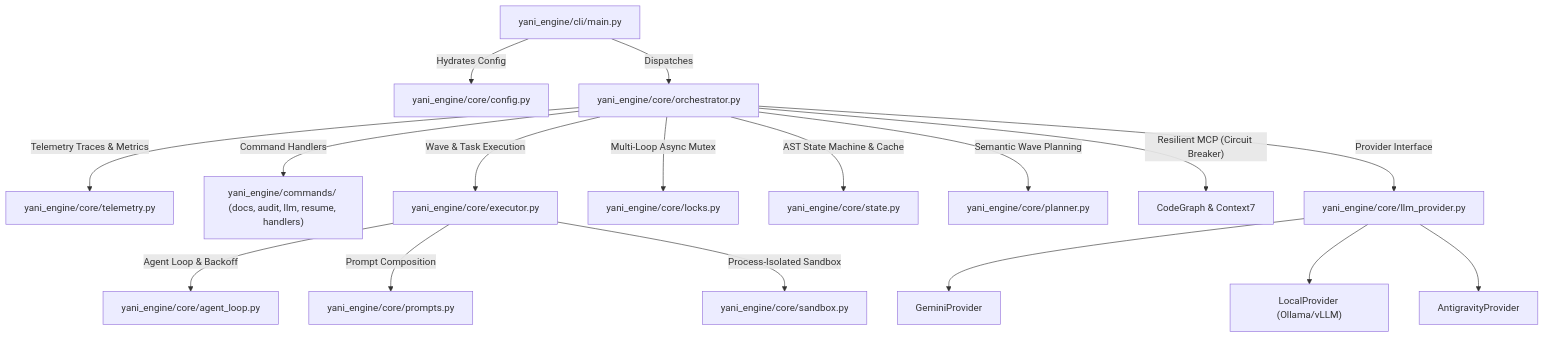
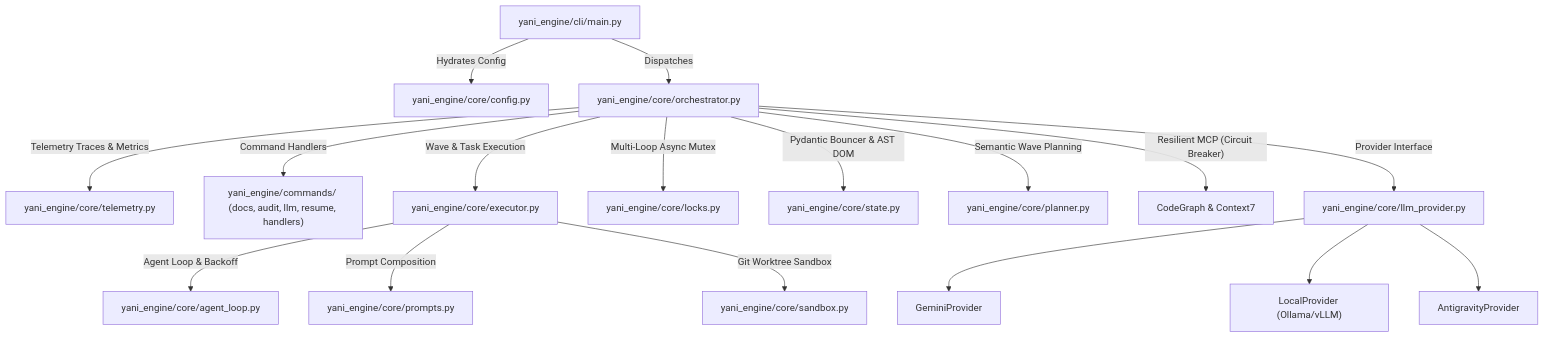
Before and after one commit to emmanuelol/yani-engine: the third of 4 diagrams in README.md, drawn with Mermaid. The commit also changed other lines of this file and 2 other files, not shown here.

Commit message:
docs: update README, architecture diagrams, and workflow guides for git worktrees and pydantic bouncers

````diff
--- a/README.md
+++ b/README.md
@@ -166,24 +166,24 @@
 ```mermaid
 graph TD
     CLI["yani_engine/cli/main.py"] -->|"Hydrates Config"| CFG["yani_engine/core/config.py"]
     CLI -->|"Dispatches"| ORC["yani_engine/core/orchestrator.py"]
     
     ORC -->|"Telemetry Traces & Metrics"| TEL["yani_engine/core/telemetry.py"]
     ORC -->|"Command Handlers"| CMD["yani_engine/commands/ (docs, audit, llm, resume, handlers)"]
     ORC -->|"Wave & Task Execution"| EXE["yani_engine/core/executor.py"]
     
     EXE -->|"Agent Loop & Backoff"| AGT["yani_engine/core/agent_loop.py"]
     EXE -->|"Prompt Composition"| PMT["yani_engine/core/prompts.py"]
-    EXE -->|"Process-Isolated Sandbox"| SB["yani_engine/core/sandbox.py"]
+    EXE -->|"Git Worktree Sandbox"| SB["yani_engine/core/sandbox.py"]
     
     ORC -->|"Multi-Loop Async Mutex"| LCK["yani_engine/core/locks.py"]
-    ORC -->|"AST State Machine & Cache"| ST["yani_engine/core/state.py"]
+    ORC -->|"Pydantic Bouncer & AST DOM"| ST["yani_engine/core/state.py"]
     ORC -->|"Semantic Wave Planning"| PL["yani_engine/core/planner.py"]
     
     ORC -->|"Resilient MCP (Circuit Breaker)"| MCP["CodeGraph & Context7"]
     ORC -->|"Provider Interface"| LLM["yani_engine/core/llm_provider.py"]
     
     LLM --> Gemini["GeminiProvider"]
     LLM --> Local["LocalProvider (Ollama/vLLM)"]
     LLM --> Agy["AntigravityProvider"]
 ```
````
